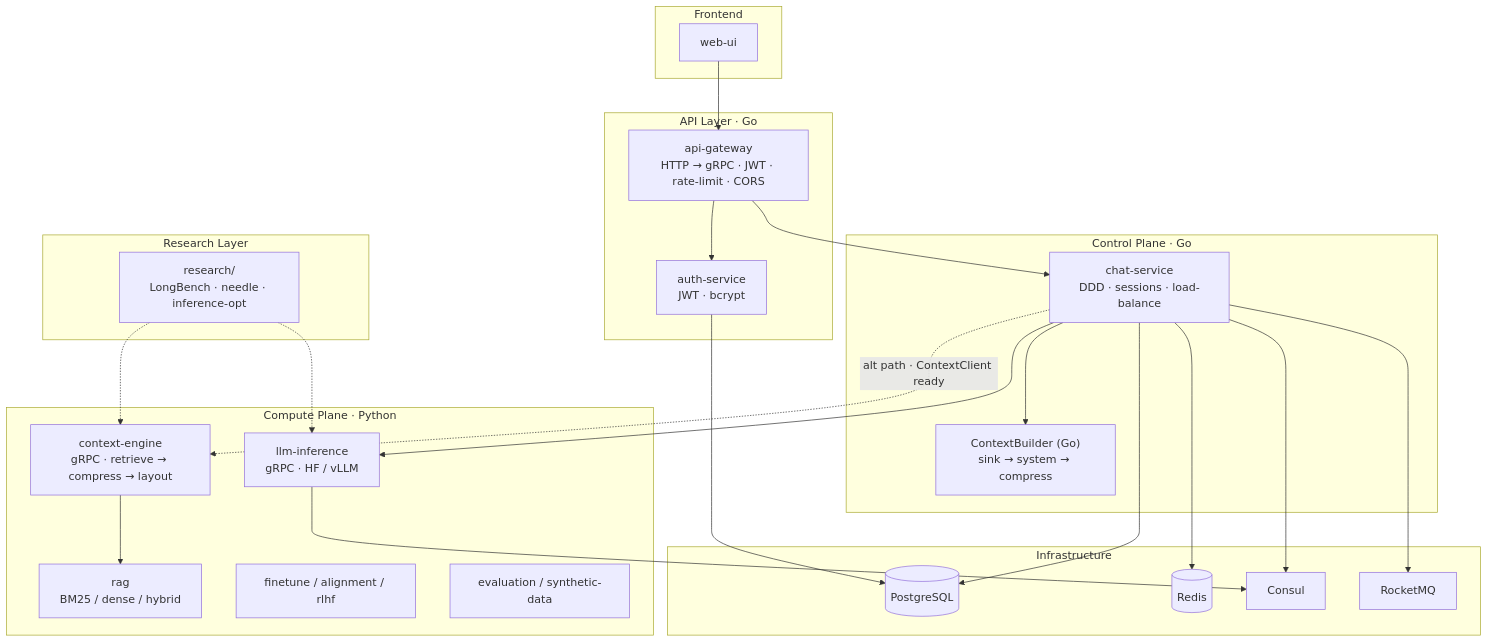
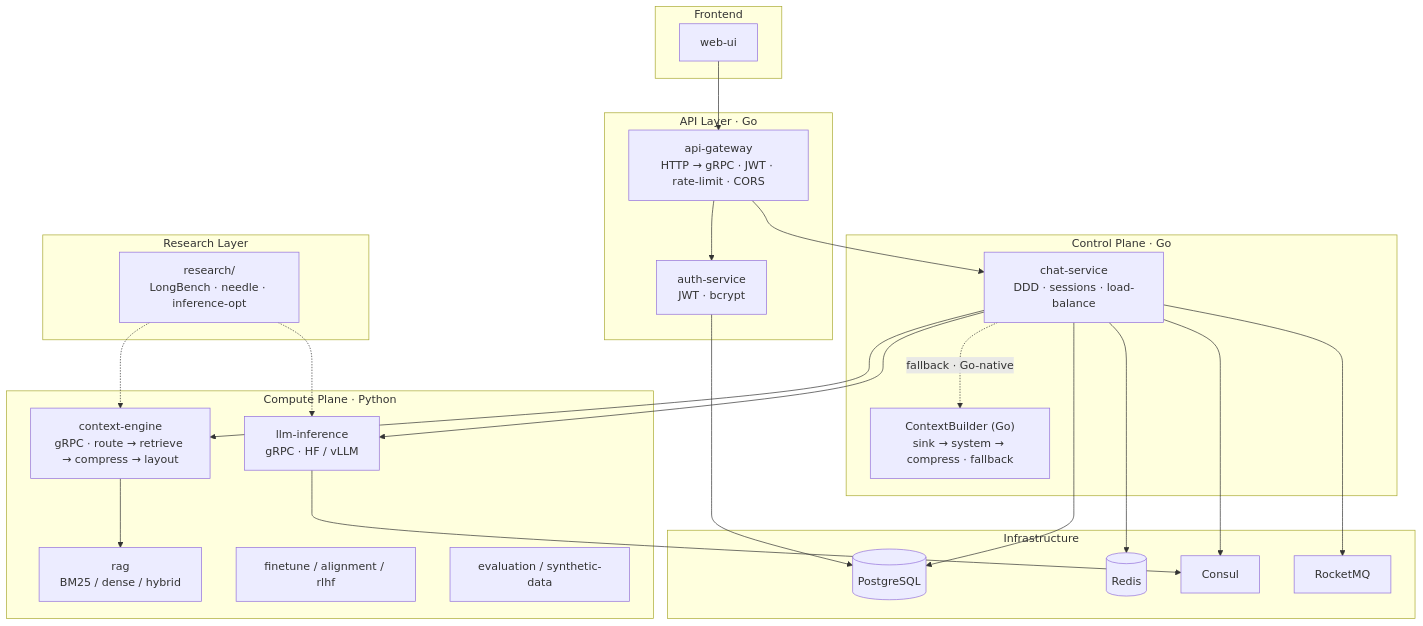
The first of 2 diagrams in README.md (Einspanner123/free-chat), drawn with Mermaid before and after one commit. The commit also changed other lines of this file and 2 other files, not shown here.

First line of the commit message:
docs: update README for remote builder, intent router, and KV-eviction findings

````diff
--- a/README.md
+++ b/README.md
@@ -33,51 +33,51 @@
 ```mermaid
 flowchart TB
     subgraph FE["Frontend"]
         UI["web-ui"]
     end
 
     subgraph API["API Layer · Go"]
         GW["api-gateway<br/>HTTP → gRPC · JWT · rate-limit · CORS"]
         AUTH["auth-service<br/>JWT · bcrypt"]
     end
 
     subgraph CONTROL["Control Plane · Go"]
         CHAT["chat-service<br/>DDD · sessions · load-balance"]
-        GOCTX["ContextBuilder (Go)<br/>sink → system → compress"]
+        GOCTX["ContextBuilder (Go)<br/>sink → system → compress · fallback"]
     end
 
     subgraph COMPUTE["Compute Plane · Python"]
         LLM["llm-inference<br/>gRPC · HF / vLLM"]
-        CE["context-engine<br/>gRPC · retrieve → compress → layout"]
+        CE["context-engine<br/>gRPC · route → retrieve → compress → layout"]
         RAG["rag<br/>BM25 / dense / hybrid"]
         TRAIN["finetune / alignment / rlhf"]
         EVAL["evaluation / synthetic-data"]
     end
 
     subgraph INFRA["Infrastructure"]
         PG[("PostgreSQL")]
         RD[("Redis")]
         CSL["Consul"]
         RMQ["RocketMQ"]
     end
 
     subgraph RESEARCH["Research Layer"]
         RES["research/<br/>LongBench · needle · inference-opt"]
     end
 
     UI --> GW
     GW --> AUTH
     GW --> CHAT
     AUTH --> PG
-    CHAT --> GOCTX
-    CHAT -.->|"alt path · ContextClient ready"| CE
+    CHAT --> CE
     CE --> RAG
+    CHAT -.->|"fallback · Go-native"| GOCTX
     CHAT --> LLM
     CHAT --> PG
     CHAT --> RD
     CHAT --> RMQ
     CHAT --> CSL
     LLM --> CSL
     RES -.-> CE
     RES -.-> LLM
 ```
````
